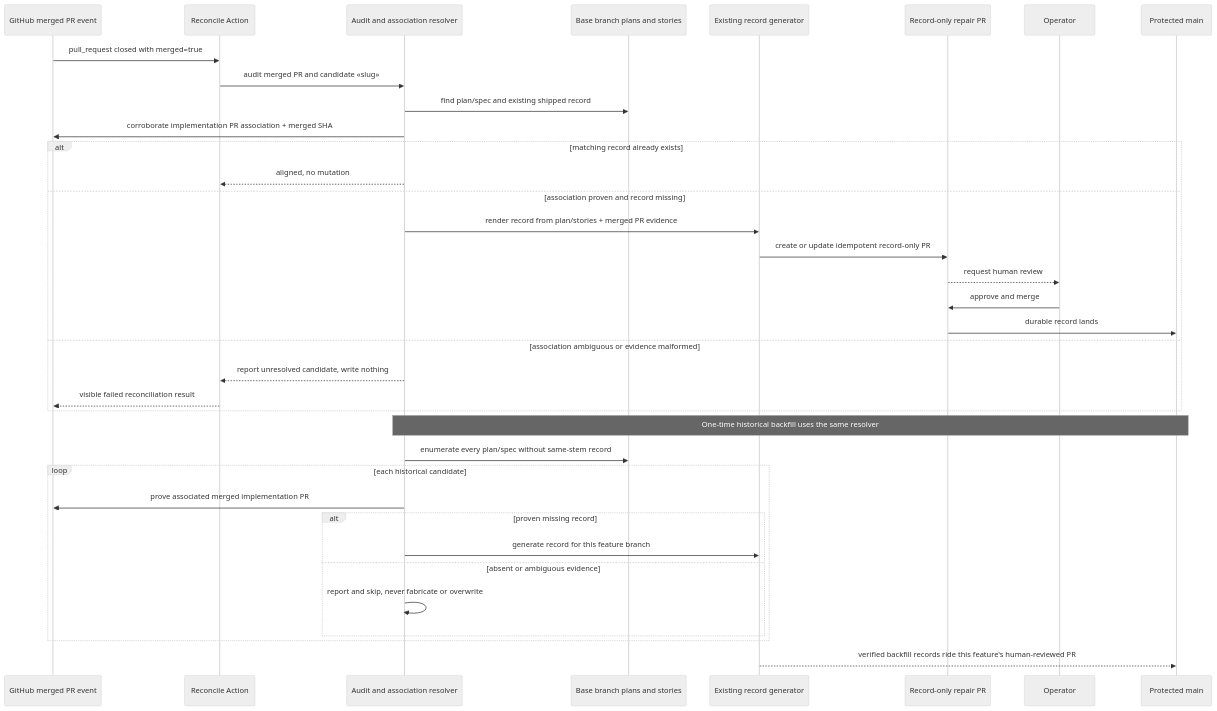
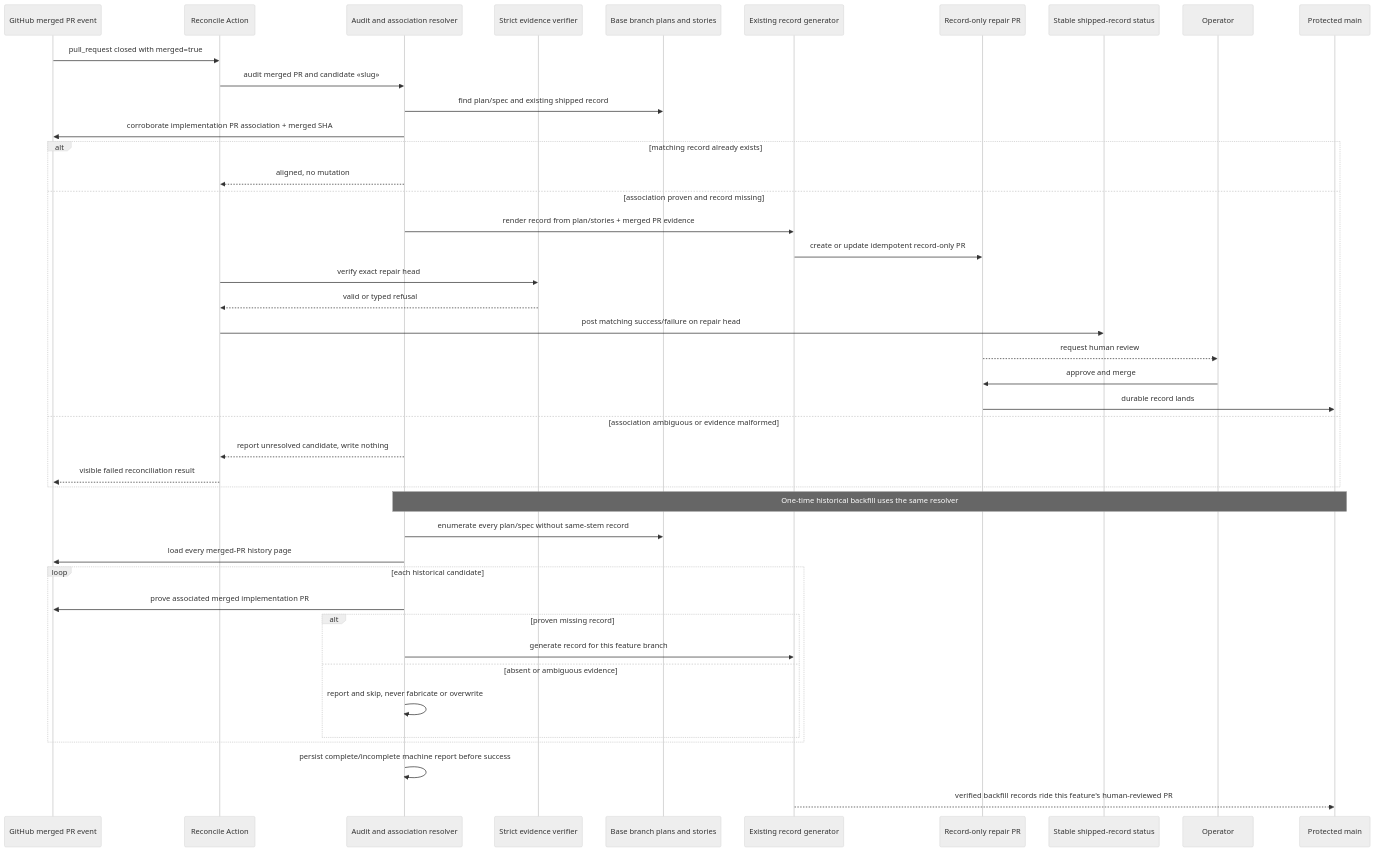
Before and after one commit to jstoup111/ai-conductor: the diagram in .docs/architecture/sequences/durable-shipped-record-reconciliation-916-936.md, drawn with Mermaid (neutral theme). The commit also changed other lines of this file and 3 other files, not shown here.

````diff
--- a/.docs/architecture/sequences/durable-shipped-record-reconciliation-916-936.md
+++ b/.docs/architecture/sequences/durable-shipped-record-reconciliation-916-936.md
@@ -9,40 +9,47 @@
 ```mermaid
 sequenceDiagram
   participant GH as GitHub merged PR event
   participant A as Reconcile Action
   participant Q as Audit and association resolver
+  participant V as Strict evidence verifier
   participant B as Base branch plans and stories
   participant R as Existing record generator
   participant RP as Record-only repair PR
+  participant S as Stable shipped-record status
   participant O as Operator
   participant M as Protected main
 
   GH->>A: pull_request closed with merged=true
   A->>Q: audit merged PR and candidate «slug»
   Q->>B: find plan/spec and existing shipped record
   Q->>GH: corroborate implementation PR association + merged SHA
   alt matching record already exists
     Q-->>A: aligned, no mutation
   else association proven and record missing
     Q->>R: render record from plan/stories + merged PR evidence
     R->>RP: create or update idempotent record-only PR
+    A->>V: verify exact repair head
+    V-->>A: valid or typed refusal
+    A->>S: post matching success/failure on repair head
     RP-->>O: request human review
     O->>RP: approve and merge
     RP->>M: durable record lands
   else association ambiguous or evidence malformed
     Q-->>A: report unresolved candidate, write nothing
     A-->>GH: visible failed reconciliation result
   end
 
   Note over Q,M: One-time historical backfill uses the same resolver
   Q->>B: enumerate every plan/spec without same-stem record
+  Q->>GH: load every merged-PR history page
   loop each historical candidate
     Q->>GH: prove associated merged implementation PR
     alt proven missing record
       Q->>R: generate record for this feature branch
     else absent or ambiguous evidence
       Q->>Q: report and skip, never fabricate or overwrite
     end
   end
+  Q->>Q: persist complete/incomplete machine report before success
   R-->>M: verified backfill records ride this feature's human-reviewed PR
 ```
````
